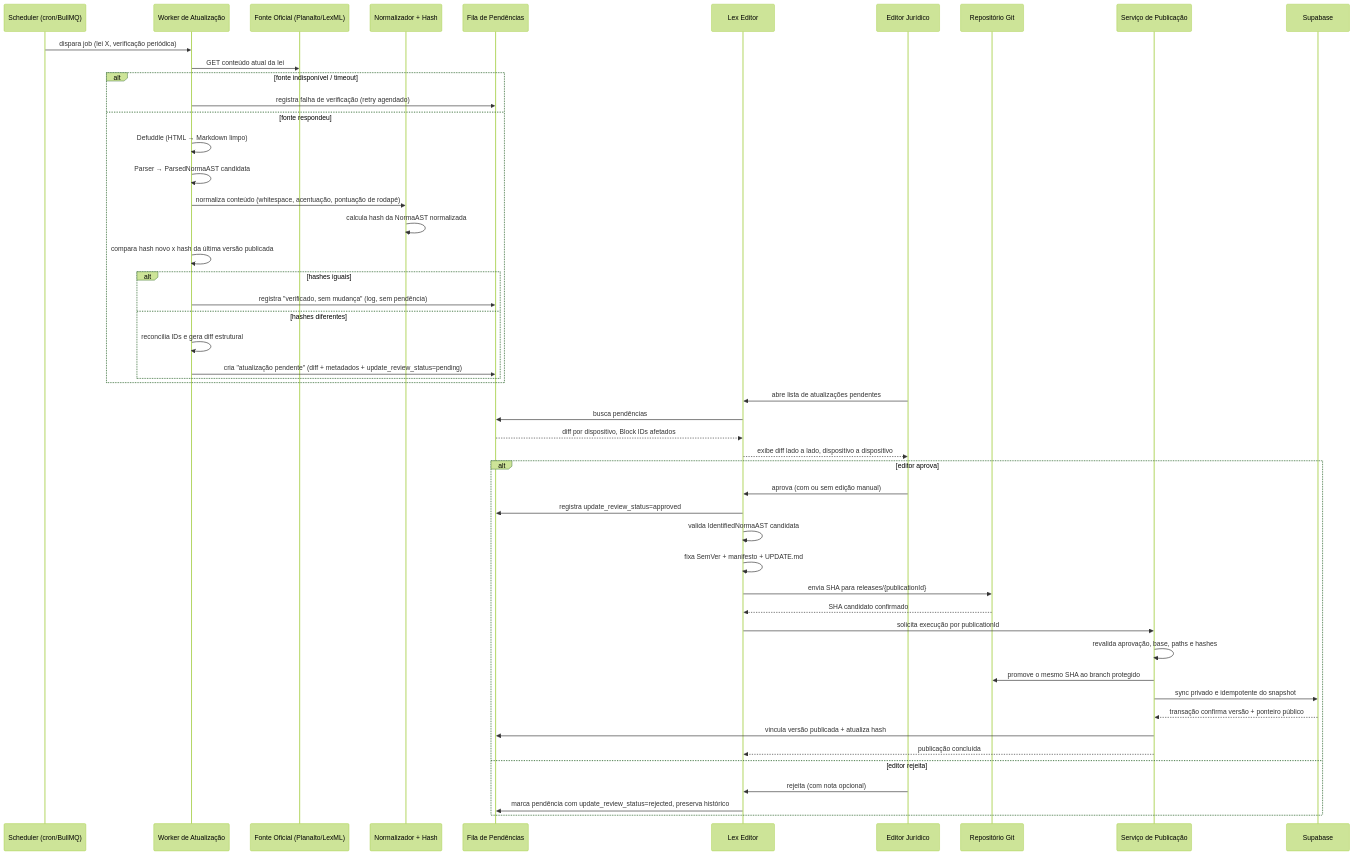
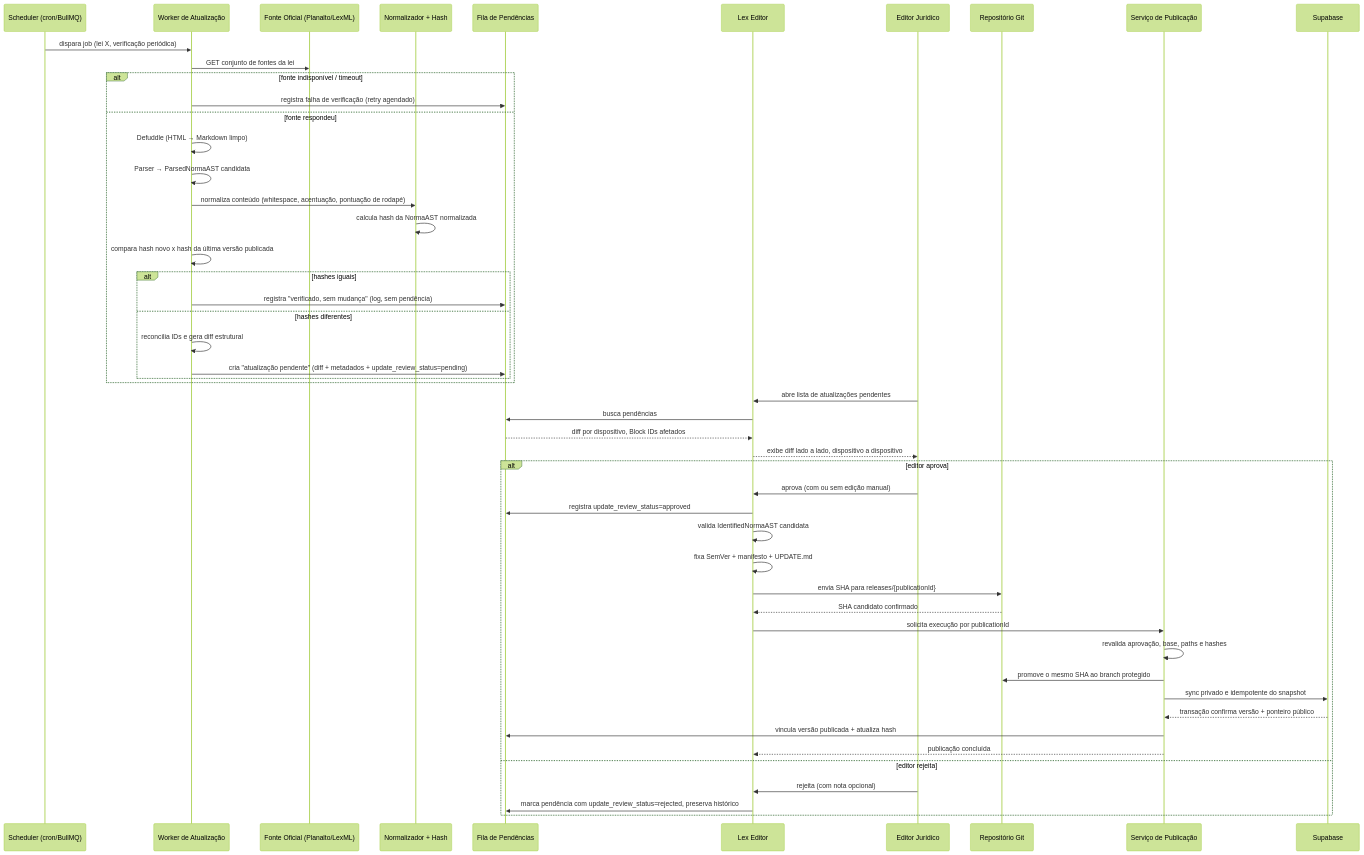
The diagram in docs/architecture/UPDATE_PIPELINE.md (tiagobfaustino/lex-editor-2), drawn with Mermaid (forest theme) before and after one commit. The commit also changed other lines of this file and 19 other files, not shown here.

````diff
--- a/docs/architecture/UPDATE_PIPELINE.md
+++ b/docs/architecture/UPDATE_PIPELINE.md
@@ -66,55 +66,55 @@
 ```mermaid
 sequenceDiagram
     participant CRON as Scheduler (cron/BullMQ)
     participant WORKER as Worker de Atualização
     participant FONTE as Fonte Oficial (Planalto/LexML)
     participant HASH as Normalizador + Hash
     participant DB as Fila de Pendências
     participant EDITOR_APP as Lex Editor
     participant HUMANO as Editor Jurídico
     participant GIT as Repositório Git
     participant PUBLISHER as Serviço de Publicação
     participant SUPA as Supabase
 
     CRON->>WORKER: dispara job (lei X, verificação periódica)
-    WORKER->>FONTE: GET conteúdo atual da lei
+    WORKER->>FONTE: GET conjunto de fontes da lei
     alt fonte indisponível / timeout
         WORKER->>DB: registra falha de verificação (retry agendado)
     else fonte respondeu
         WORKER->>WORKER: Defuddle (HTML → Markdown limpo)
         WORKER->>WORKER: Parser → ParsedNormaAST candidata
         WORKER->>HASH: normaliza conteúdo (whitespace, acentuação, pontuação de rodapé)
         HASH->>HASH: calcula hash da NormaAST normalizada
         WORKER->>WORKER: compara hash novo x hash da última versão publicada
         alt hashes iguais
             WORKER->>DB: registra "verificado, sem mudança" (log, sem pendência)
         else hashes diferentes
             WORKER->>WORKER: reconcilia IDs e gera diff estrutural
             WORKER->>DB: cria "atualização pendente" (diff + metadados + update_review_status=pending)
         end
     end
 
     HUMANO->>EDITOR_APP: abre lista de atualizações pendentes
     EDITOR_APP->>DB: busca pendências
     DB-->>EDITOR_APP: diff por dispositivo, Block IDs afetados
     EDITOR_APP-->>HUMANO: exibe diff lado a lado, dispositivo a dispositivo
 
     alt editor aprova
         HUMANO->>EDITOR_APP: aprova (com ou sem edição manual)
         EDITOR_APP->>DB: registra update_review_status=approved
         EDITOR_APP->>EDITOR_APP: valida IdentifiedNormaAST candidata
         EDITOR_APP->>EDITOR_APP: fixa SemVer + manifesto + UPDATE.md
         EDITOR_APP->>GIT: envia SHA para releases/{publicationId}
         GIT-->>EDITOR_APP: SHA candidato confirmado
         EDITOR_APP->>PUBLISHER: solicita execução por publicationId
         PUBLISHER->>PUBLISHER: revalida aprovação, base, paths e hashes
         PUBLISHER->>GIT: promove o mesmo SHA ao branch protegido
         PUBLISHER->>SUPA: sync privado e idempotente do snapshot
         SUPA-->>PUBLISHER: transação confirma versão + ponteiro público
         PUBLISHER->>DB: vincula versão publicada + atualiza hash
         PUBLISHER-->>EDITOR_APP: publicação concluída
     else editor rejeita
         HUMANO->>EDITOR_APP: rejeita (com nota opcional)
         EDITOR_APP->>DB: marca pendência com update_review_status=rejected, preserva histórico
     end
 ```
````
